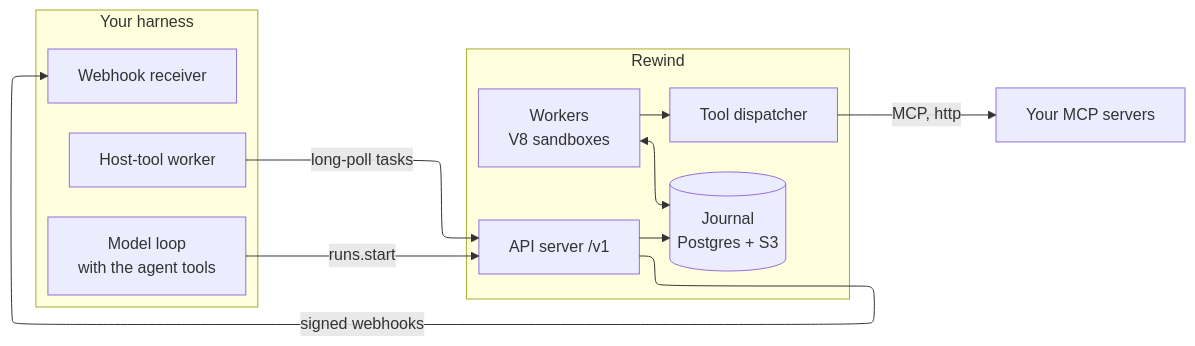
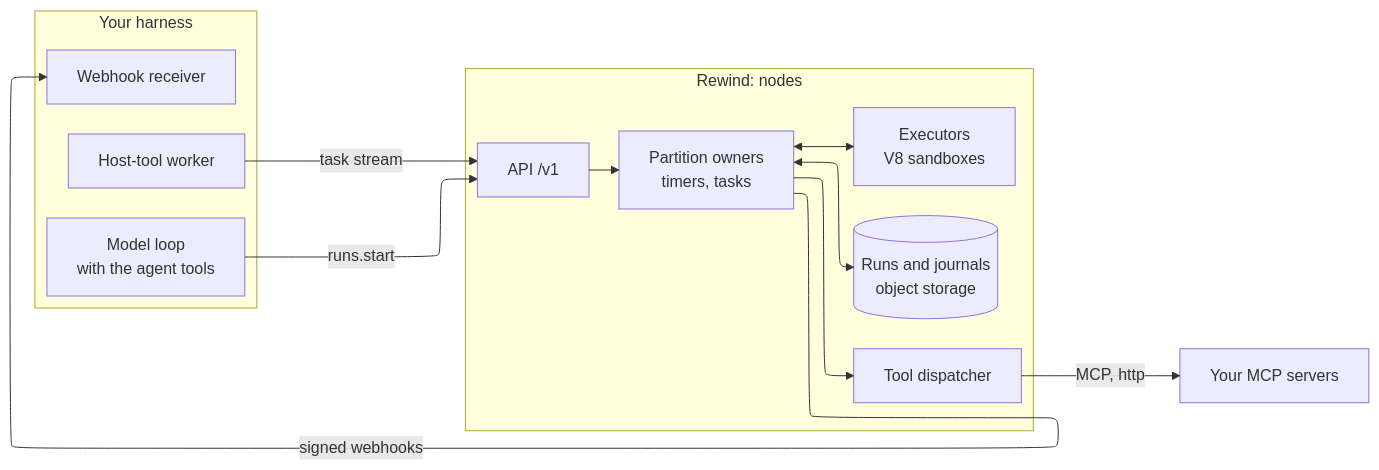
One commit to planchon/rewind.codes changed the first of 2 diagrams in docs/concepts/how-it-works.mdx. Above: the diagram before and after it, drawn with Mermaid. The commit also changed other lines of this file and 16 other files, not shown here.

First line of the commit message:
Document the run plane: host tools on a task stream, a deployment of nodes on Postgres and a bucket

````diff
--- a/docs/concepts/how-it-works.mdx
+++ b/docs/concepts/how-it-works.mdx
@@ -11,26 +11,28 @@
 ```mermaid
 %%{init: {'flowchart': {'defaultRenderer': 'elk'}}}%%
 flowchart LR
   subgraph harness["Your harness"]
     direction TB
     model["Model loop<br/>with the agent tools"]
     worker["Host-tool worker"]
     hooks["Webhook receiver"]
   end
-  subgraph rewind["Rewind"]
+  subgraph rewind["Rewind: nodes"]
     direction TB
-    api["API server /v1"]
-    workers["Workers<br/>V8 sandboxes"]
+    api["API /v1"]
+    owners["Partition owners<br/>timers, tasks"]
+    executors["Executors<br/>V8 sandboxes"]
     dispatcher["Tool dispatcher"]
-    store[("Journal<br/>Postgres + S3")]
+    store[("Runs and journals<br/>object storage")]
   end
   mcp["Your MCP servers"]
 
   model -- "runs.start" --> api
-  worker -- "long-poll tasks" --> api
-  api -- "signed webhooks" --> hooks
-  api --> store
-  workers <--> store
-  workers --> dispatcher
+  worker -- "task stream" --> api
+  owners -- "signed webhooks" --> hooks
+  api --> owners
+  owners <--> store
+  owners <--> executors
+  owners --> dispatcher
   dispatcher -- "MCP, http" --> mcp
 ```
````
